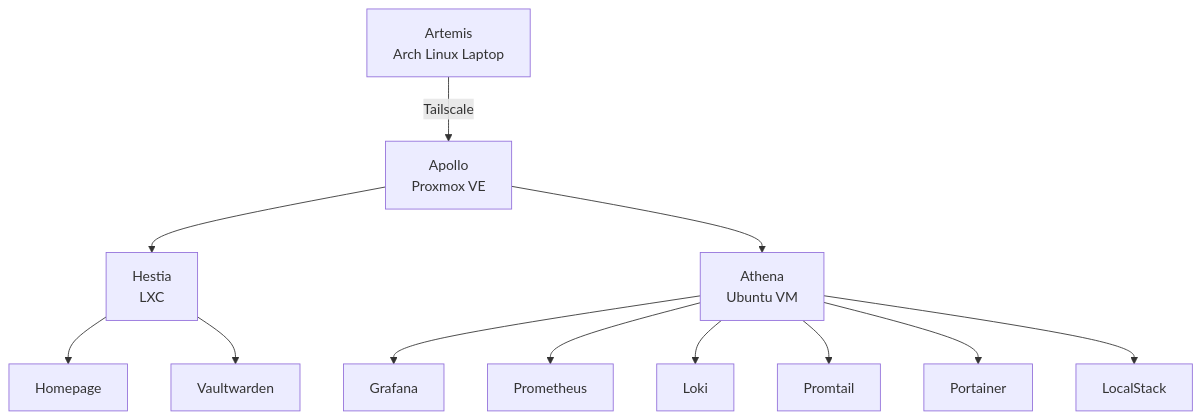
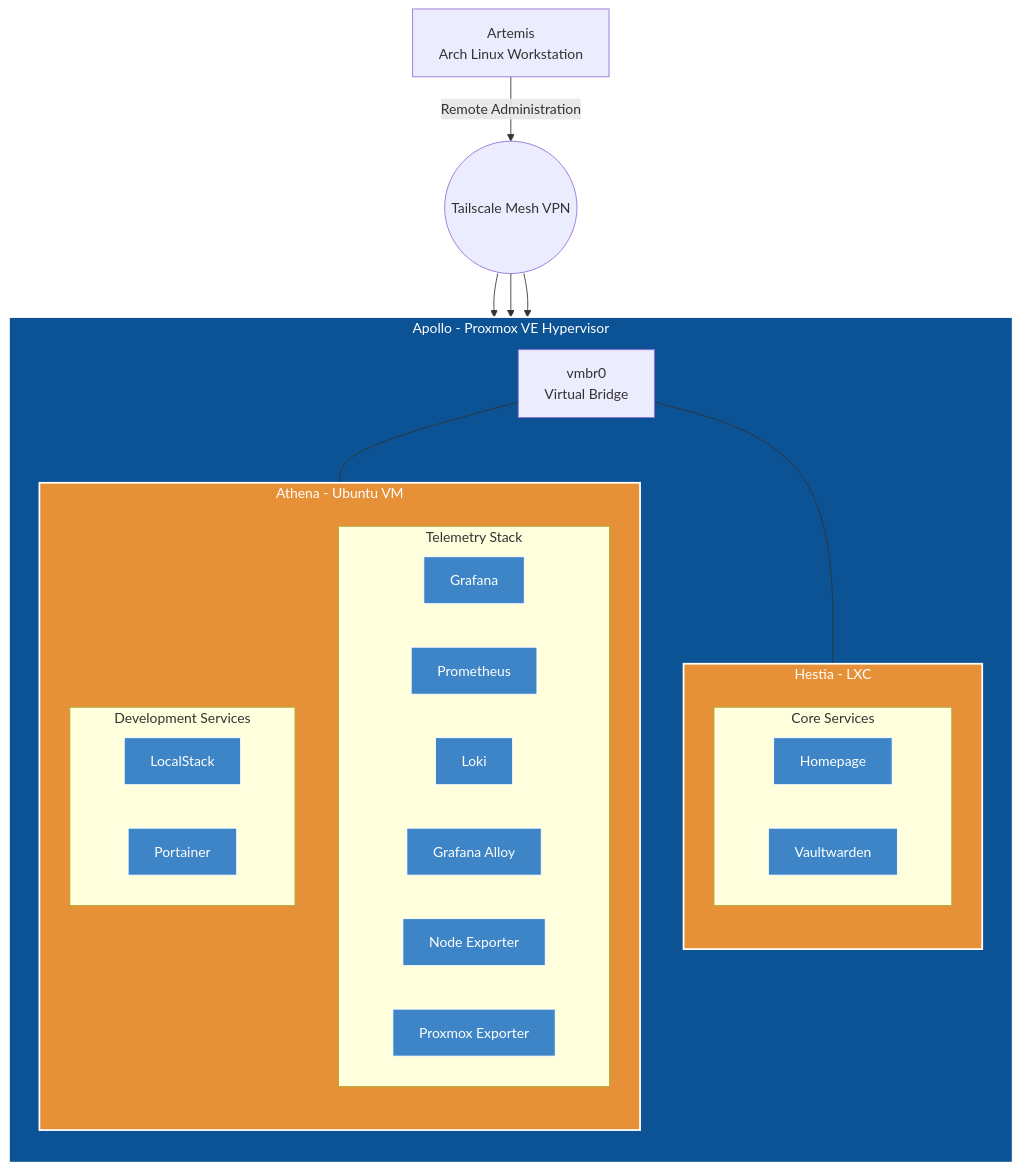
Before and after one commit to SwapnajXD/HomeLab: the diagram in architecture/architecture-diagram.mmd, drawn with Mermaid. The commit also changed 16 other files, not shown here.

````diff
--- a/architecture/architecture-diagram.mmd
+++ b/architecture/architecture-diagram.mmd
@@ -1,36 +1,58 @@
 ```mermaid
 graph TD
 
-Artemis[Artemis<br>Arch Linux Laptop]
+    %% Remote Administration
+    Artemis["Artemis<br/>Arch Linux Workstation"]
+    Tailnet(("Tailscale Mesh VPN"))
 
-Apollo[Apollo<br>Proxmox VE]
+    Artemis -->|Remote Administration| Tailnet
 
-Hestia[Hestia<br>LXC]
+    %% Infrastructure
+    Tailnet --> Apollo
+    Tailnet --> Athena
+    Tailnet --> Hestia
 
-Athena[Athena<br>Ubuntu VM]
+    subgraph Apollo["Apollo - Proxmox VE Hypervisor"]
+        direction TB
 
-Homepage[Homepage]
-Vaultwarden[Vaultwarden]
+        Bridge["vmbr0<br/>Virtual Bridge"]
 
-Grafana[Grafana]
-Prometheus[Prometheus]
-Loki[Loki]
-Promtail[Promtail]
-Portainer[Portainer]
-LocalStack[LocalStack]
+        subgraph Athena["Athena - Ubuntu VM"]
+            direction TB
 
-Artemis -->|Tailscale| Apollo
+            subgraph Telemetry["Telemetry Stack"]
+                Grafana["Grafana"]
+                Prometheus["Prometheus"]
+                Loki["Loki"]
+                Alloy["Grafana Alloy"]
+                NodeExporter["Node Exporter"]
+                ProxmoxExporter["Proxmox Exporter"]
+            end
 
-Apollo --> Hestia
-Apollo --> Athena
+            subgraph Development["Development Services"]
+                LocalStack["LocalStack"]
+                Portainer["Portainer"]
+            end
+        end
 
-Hestia --> Homepage
-Hestia --> Vaultwarden
+        subgraph Hestia["Hestia - LXC"]
+            direction TB
 
-Athena --> Grafana
-Athena --> Prometheus
-Athena --> Loki
-Athena --> Promtail
-Athena --> Portainer
-Athena --> LocalStack
+            subgraph CoreServices["Core Services"]
+                Homepage["Homepage"]
+                Vaultwarden["Vaultwarden"]
+            end
+        end
+
+        Bridge --- Athena
+        Bridge --- Hestia
+    end
+
+    classDef host fill:#0b5394,color:#ffffff,stroke:#ffffff,stroke-width:2px;
+    classDef guest fill:#e69138,color:#ffffff,stroke:#ffffff,stroke-width:2px;
+    classDef service fill:#3d85c6,color:#ffffff,stroke:#ffffff,stroke-width:1px;
+
+    class Apollo host;
+    class Athena,Hestia guest;
+    class Grafana,Prometheus,Loki,Alloy,NodeExporter,ProxmoxExporter,LocalStack,Portainer,Homepage,Vaultwarden service;
 ```
````
